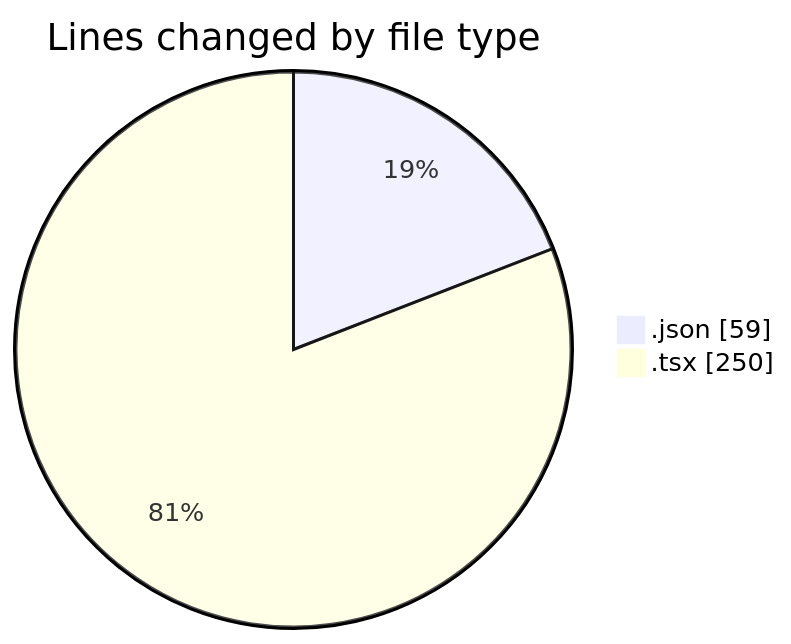
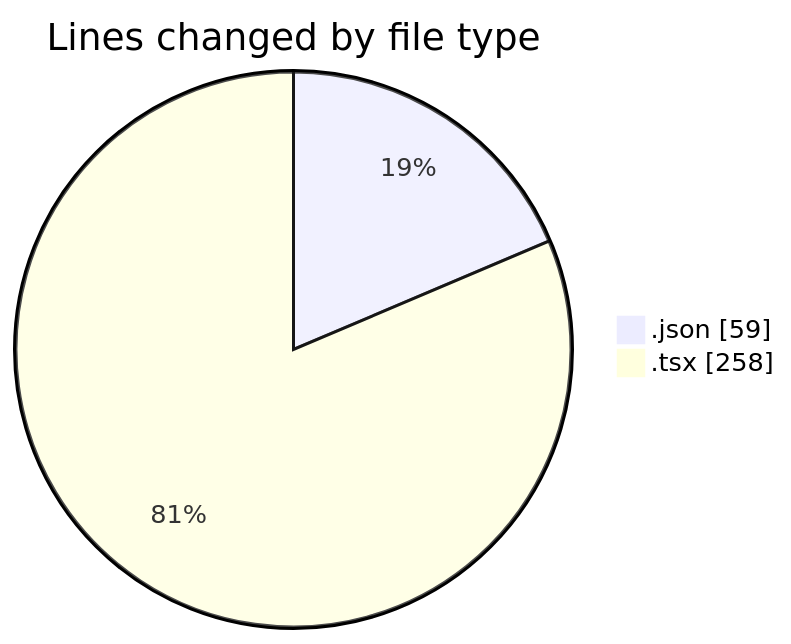
Before and after one commit to momahboobian/code-tracking: the first of 2 diagrams in 2025-11-19/cda/README.md, drawn with Mermaid. The commit also changed other lines of this file and 1 other file, not shown here.

````diff
--- a/2025-11-19/cda/README.md
+++ b/2025-11-19/cda/README.md
@@ -21,6 +21,6 @@
 ```mermaid
 pie showData
 title Lines changed by file type
 ".json" : 59
-".tsx" : 250
+".tsx" : 258
 ```
````
